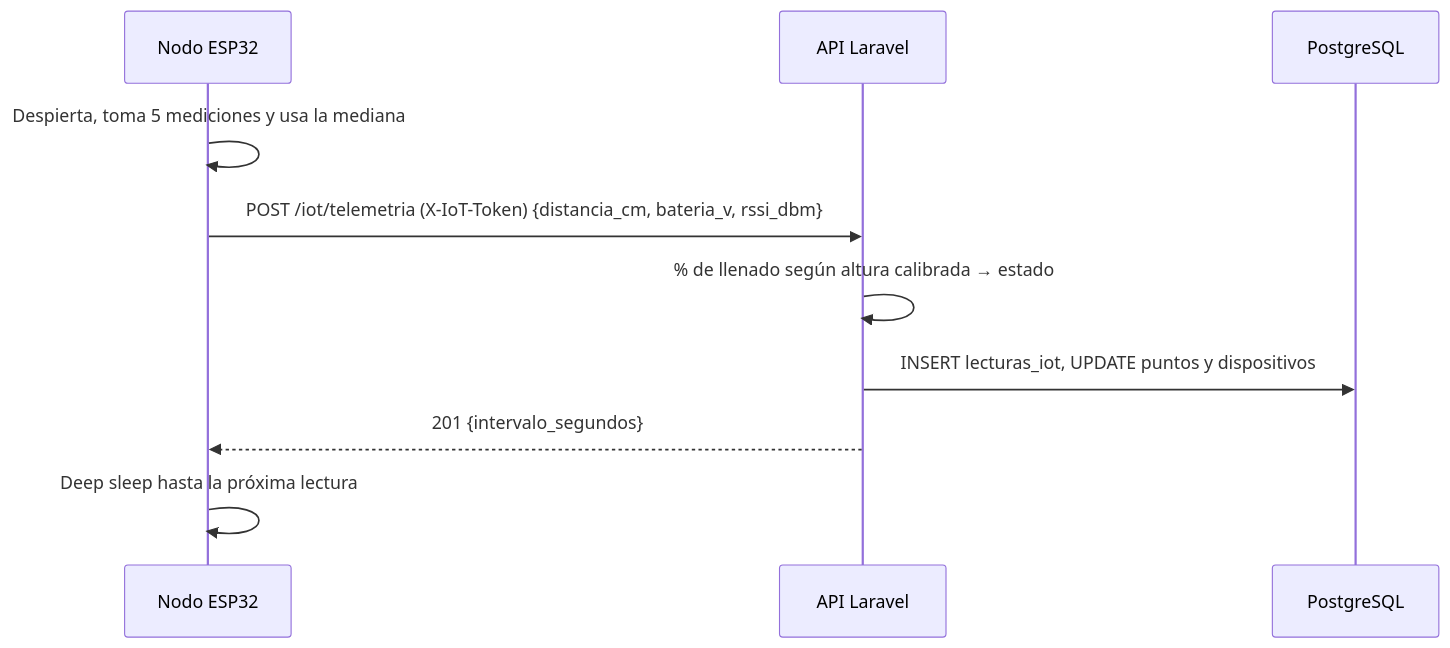
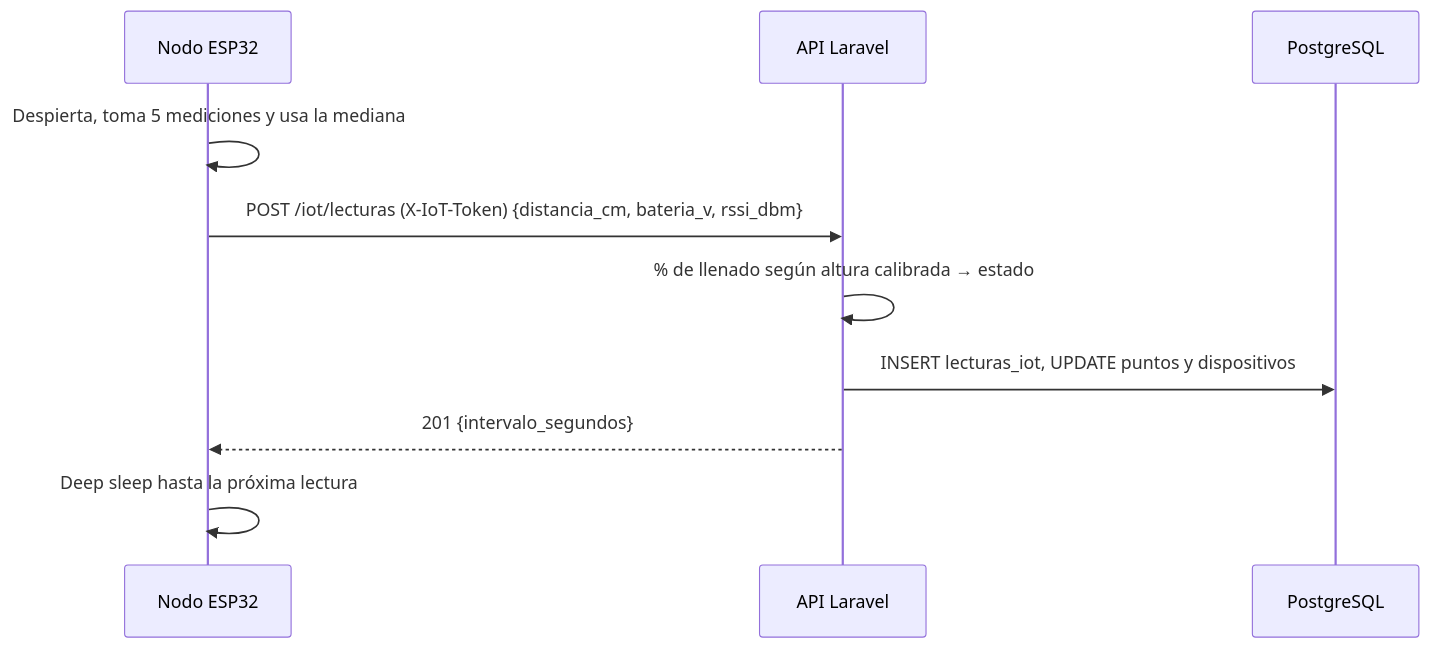
Before and after one commit to Maxitop234/logistica-camion-back-end: the fifth of 5 diagrams in docs/ARCHITECTURE.md, drawn with Mermaid. The commit also changed other lines of this file and 5 other files, not shown here.

Commit message:
docs(iot): contrato del firmware, API y modelo de datos de dispositivos

````diff
--- a/docs/ARCHITECTURE.md
+++ b/docs/ARCHITECTURE.md
@@ -139,12 +139,12 @@
 ```mermaid
 sequenceDiagram
     participant N as Nodo ESP32
     participant API as API Laravel
     participant DB as PostgreSQL
     N->>N: Despierta, toma 5 mediciones y usa la mediana
-    N->>API: POST /iot/telemetria (X-IoT-Token) {distancia_cm, bateria_v, rssi_dbm}
+    N->>API: POST /iot/lecturas (X-IoT-Token) {distancia_cm, bateria_v, rssi_dbm}
     API->>API: % de llenado según altura calibrada → estado
     API->>DB: INSERT lecturas_iot, UPDATE puntos y dispositivos
     API-->>N: 201 {intervalo_segundos}
     N->>N: Deep sleep hasta la próxima lectura
 ```
````
